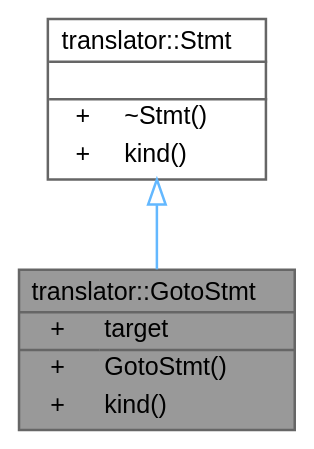
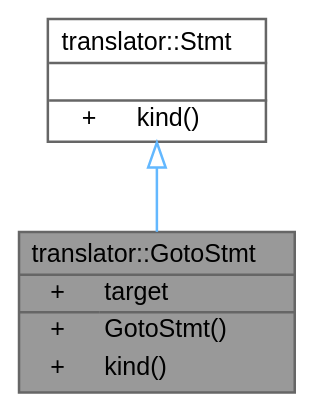
The diagram in docs/doxygenlibwin/rtf/structtranslator_1_1_goto_stmt__inherit__graph.dot (mustafayldrnn/cen207-2025-2026-5-Mustafa-Yildirimm-cpp), drawn with Graphviz before and after one commit. The commit also changed 1511 other files, not shown here.

```diff
--- a/docs/doxygenlibwin/rtf/structtranslator_1_1_goto_stmt__inherit__graph.dot
+++ b/docs/doxygenlibwin/rtf/structtranslator_1_1_goto_stmt__inherit__graph.dot
@@ -1,25 +1,24 @@
 digraph "translator::GotoStmt"
 {
  // INTERACTIVE_SVG=YES
  // LATEX_PDF_SIZE
   bgcolor="transparent";
   edge [fontname=Helvetica,fontsize=10,labelfontname=Helvetica,labelfontsize=10];
   node [fontname=Helvetica,fontsize=10,shape=box,height=0.2,width=0.4];
   Node1 [id="Node000001",shape=plain,label=<<TABLE CELLBORDER="0" BORDER="1"><TR><TD COLSPAN="2" CELLPADDING="1" CELLSPACING="0">translator::GotoStmt</TD></TR>
 <HR/>
 <TR><TD VALIGN="top" CELLPADDING="1" CELLSPACING="0">+</TD><TD VALIGN="top" ALIGN="LEFT" CELLPADDING="1" CELLSPACING="0">target<BR ALIGN="LEFT"/></TD></TR>
 <HR/>
 <TR><TD VALIGN="top" CELLPADDING="1" CELLSPACING="0">+</TD><TD VALIGN="top" ALIGN="LEFT" CELLPADDING="1" CELLSPACING="0">GotoStmt()<BR ALIGN="LEFT"/></TD></TR>
 <TR><TD VALIGN="top" CELLPADDING="1" CELLSPACING="0">+</TD><TD VALIGN="top" ALIGN="LEFT" CELLPADDING="1" CELLSPACING="0">kind()<BR ALIGN="LEFT"/></TD></TR>
 </TABLE>>
-,height=0.2,width=0.4,color="gray40", fillcolor="grey60", style="filled", fontcolor="black",tooltip=" "];
+,height=0.2,width=0.4,color="gray40", fillcolor="grey60", style="filled", fontcolor="black",tooltip="GOTO deyimi."];
   Node2 -> Node1 [id="edge3_Node000001_Node000002",dir="back",color="steelblue1",style="solid",tooltip=" ",arrowtail="onormal"];
   Node2 [id="Node000002",shape=plain,label=<<TABLE CELLBORDER="0" BORDER="1"><TR><TD COLSPAN="2" CELLPADDING="1" CELLSPACING="0">translator::Stmt</TD></TR>
 <HR/>
 <TR><TD COLSPAN="2" CELLPADDING="1" CELLSPACING="0">&nbsp;</TD></TR>
 <HR/>
-<TR><TD VALIGN="top" CELLPADDING="1" CELLSPACING="0">+</TD><TD VALIGN="top" ALIGN="LEFT" CELLPADDING="1" CELLSPACING="0">~Stmt()<BR ALIGN="LEFT"/></TD></TR>
 <TR><TD VALIGN="top" CELLPADDING="1" CELLSPACING="0">+</TD><TD VALIGN="top" ALIGN="LEFT" CELLPADDING="1" CELLSPACING="0">kind()<BR ALIGN="LEFT"/></TD></TR>
 </TABLE>>
-,height=0.2,width=0.4,color="gray40", fillcolor="white", style="filled",URL="$structtranslator_1_1_stmt.html",tooltip=" "];
+,height=0.2,width=0.4,color="gray40", fillcolor="white", style="filled",URL="$structtranslator_1_1_stmt.html",tooltip="Tüm deyimler için taban tür."];
 }
```
